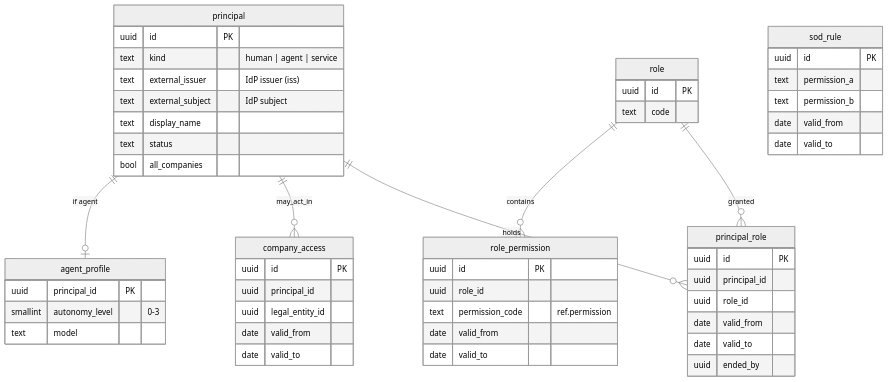
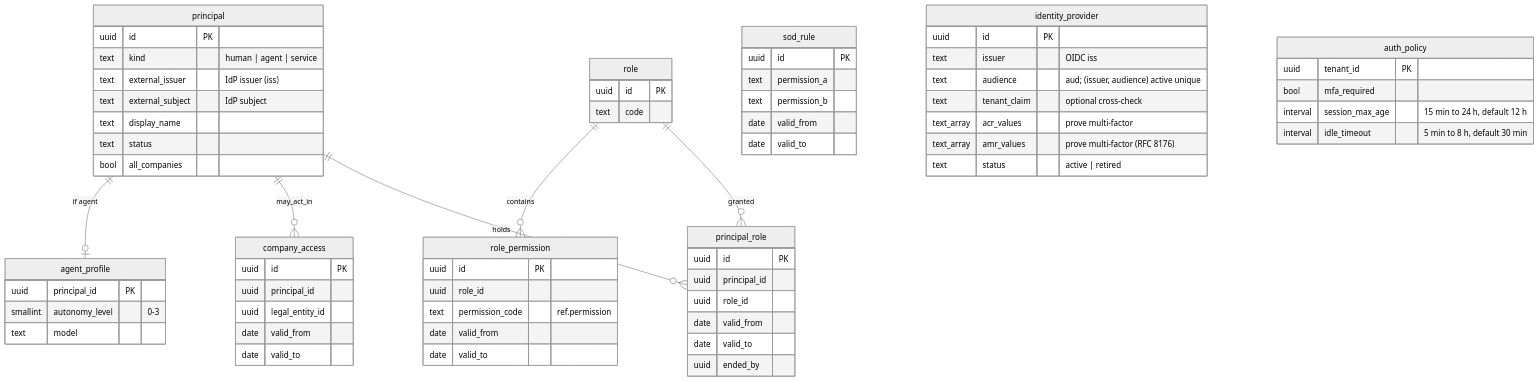
One commit to mustie7iy/agentic-erp changed the second of 9 diagrams in docs/design/03-data-model.md. Above: the diagram before and after it, drawn with Mermaid (neutral theme). The commit also changed other lines of this file and 3 other files, not shown here.

````diff
--- a/docs/design/03-data-model.md
+++ b/docs/design/03-data-model.md
@@ -134,43 +134,54 @@
 ```mermaid
 erDiagram
   principal ||--o{ principal_role : holds
   role ||--o{ principal_role : granted
   role ||--o{ role_permission : contains
   principal ||--o{ company_access : may_act_in
   principal ||--o| agent_profile : "if agent"
   principal {
     uuid id PK
     text kind "human | agent | service"
     text external_issuer "IdP issuer (iss)"
     text external_subject "IdP subject"
     text display_name
     text status
     bool all_companies
   }
   role { uuid id PK
     text code }
   role_permission { uuid id PK
     uuid role_id
     text permission_code "ref.permission"
     date valid_from
     date valid_to }
   principal_role { uuid id PK
     uuid principal_id
     uuid role_id
     date valid_from
     date valid_to
     uuid ended_by }
   company_access { uuid id PK
     uuid principal_id
     uuid legal_entity_id
     date valid_from
     date valid_to }
   sod_rule { uuid id PK
     text permission_a
     text permission_b
     date valid_from
     date valid_to }
   agent_profile { uuid principal_id PK
     smallint autonomy_level "0-3"
     text model }
+  identity_provider { uuid id PK
+    text issuer "OIDC iss"
+    text audience "aud; (issuer, audience) active unique"
+    text tenant_claim "optional cross-check"
+    text_array acr_values "prove multi-factor"
+    text_array amr_values "prove multi-factor (RFC 8176)"
+    text status "active | retired" }
+  auth_policy { uuid tenant_id PK
+    bool mfa_required
+    interval session_max_age "15 min to 24 h, default 12 h"
+    interval idle_timeout "5 min to 8 h, default 30 min" }
 ```
````
